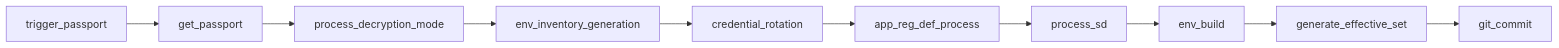
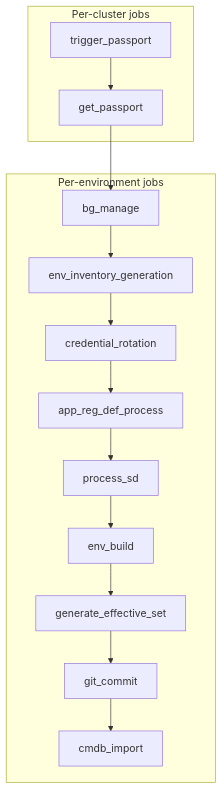
Before and after one commit to andyroode/qubership-envgene: the diagram in docs/envgene-pipelines.md, drawn with Mermaid. The commit also changed other lines of this file and 1 other file, not shown here.

````diff
--- a/docs/envgene-pipelines.md
+++ b/docs/envgene-pipelines.md
@@ -25,4 +25,17 @@
 ```mermaid
-flowchart LR
-    A[trigger_passport] --> B[get_passport] --> C[process_decryption_mode] --> D[env_inventory_generation] --> E[credential_rotation] --> F[app_reg_def_process] --> G[process_sd] --> H[env_build] --> I[generate_effective_set] --> J[git_commit]
+flowchart TB
+    subgraph passport["Per-cluster jobs"]
+        A[trigger_passport] --> B[get_passport]
+    end
+    subgraph per_env["Per-environment jobs"]
+        C[bg_manage] --> D[env_inventory_generation]
+        D --> E[credential_rotation]
+        E --> F[app_reg_def_process]
+        F --> G[process_sd]
+        G --> H[env_build]
+        H --> I[generate_effective_set]
+        I --> J[git_commit]
+        J --> K[cmdb_import]
+    end
+    B --> C
 ```
````
